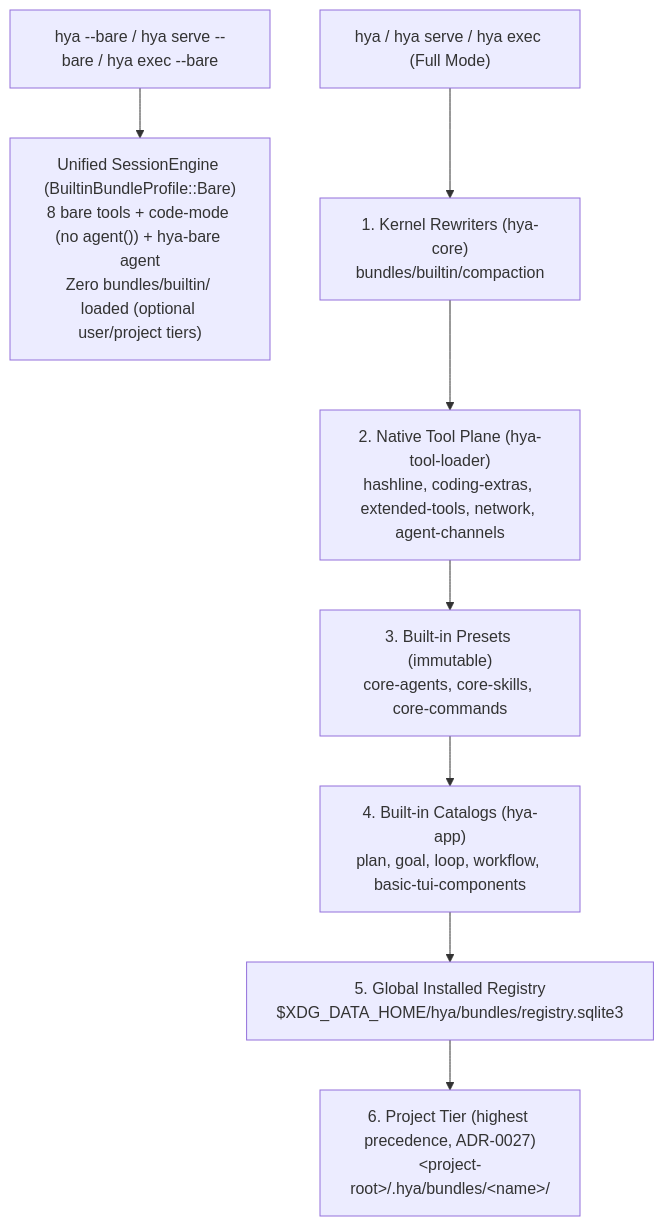
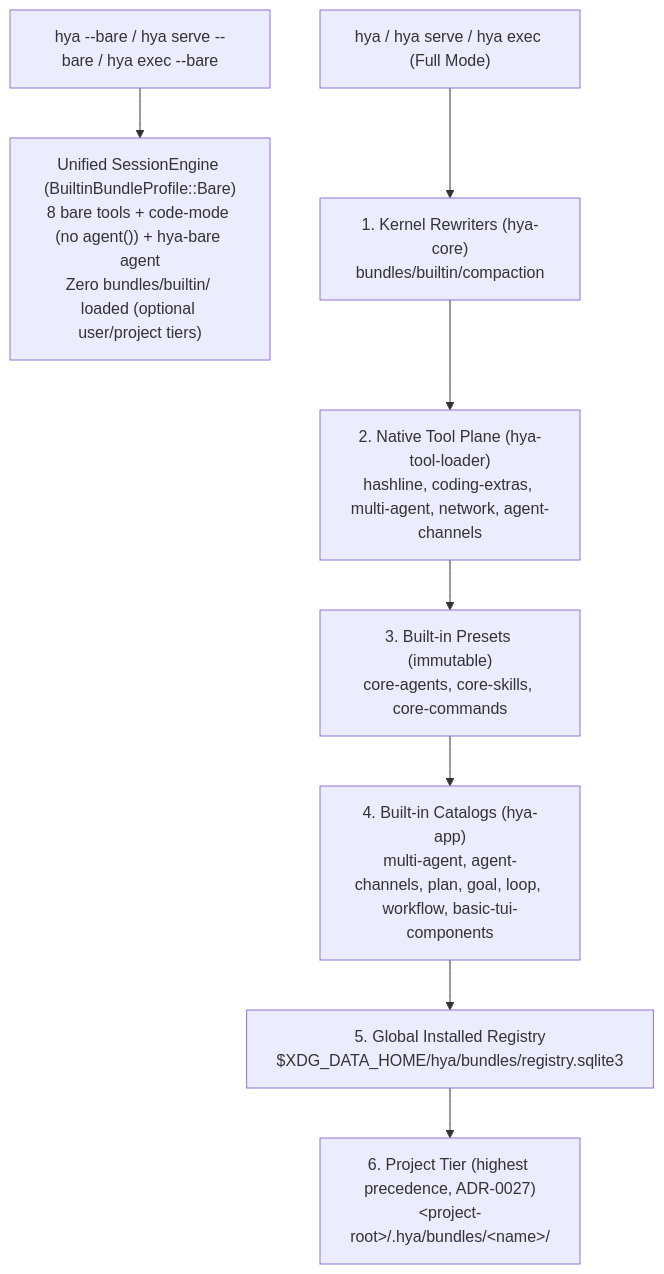
Before and after one commit to anyin233/hya: the diagram in docs/extend/hyabundle-spec.md, drawn with Mermaid. The commit also changed other lines of this file and 93 other files, not shown here.

Commit message:
feat(bundle): extract hya/multi-agent native bundle with ResidentSupervisor and BundleApi

````diff
--- a/docs/extend/hyabundle-spec.md
+++ b/docs/extend/hyabundle-spec.md
@@ -475,11 +475,11 @@
 ```mermaid
 flowchart TD
     Bare["hya --bare / hya serve --bare / hya exec --bare"] --> BareProfile["Unified SessionEngine (BuiltinBundleProfile::Bare)<br/>8 bare tools + code-mode (no agent()) + hya-bare agent<br/>Zero bundles/builtin/ loaded (optional user/project tiers)"]
 
     Full["hya / hya serve / hya exec (Full Mode)"] --> L1["1. Kernel Rewriters (hya-core)<br/>bundles/builtin/compaction"]
-    L1 --> L2["2. Native Tool Plane (hya-tool-loader)<br/>hashline, coding-extras, extended-tools, network, agent-channels"]
+    L1 --> L2["2. Native Tool Plane (hya-tool-loader)<br/>hashline, coding-extras, multi-agent, network, agent-channels"]
     L2 --> L3["3. Built-in Presets (immutable)<br/>core-agents, core-skills, core-commands"]
-    L3 --> L4["4. Built-in Catalogs (hya-app)<br/>plan, goal, loop, workflow, basic-tui-components"]
+    L3 --> L4["4. Built-in Catalogs (hya-app)<br/>multi-agent, agent-channels, plan, goal, loop, workflow, basic-tui-components"]
     L4 --> L5["5. Global Installed Registry<br/>$XDG_DATA_HOME/hya/bundles/registry.sqlite3"]
     L5 --> L6["6. Project Tier (highest precedence, ADR-0027)<br/>&lt;project-root&gt;/.hya/bundles/&lt;name&gt;/"]
 ```
````
